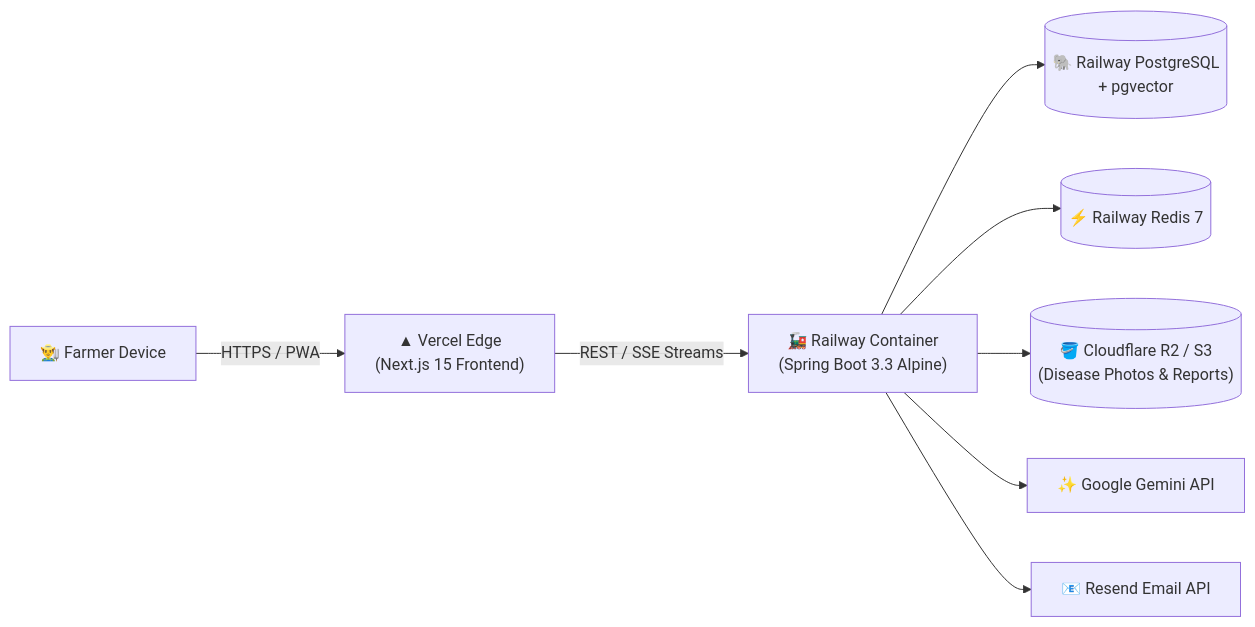
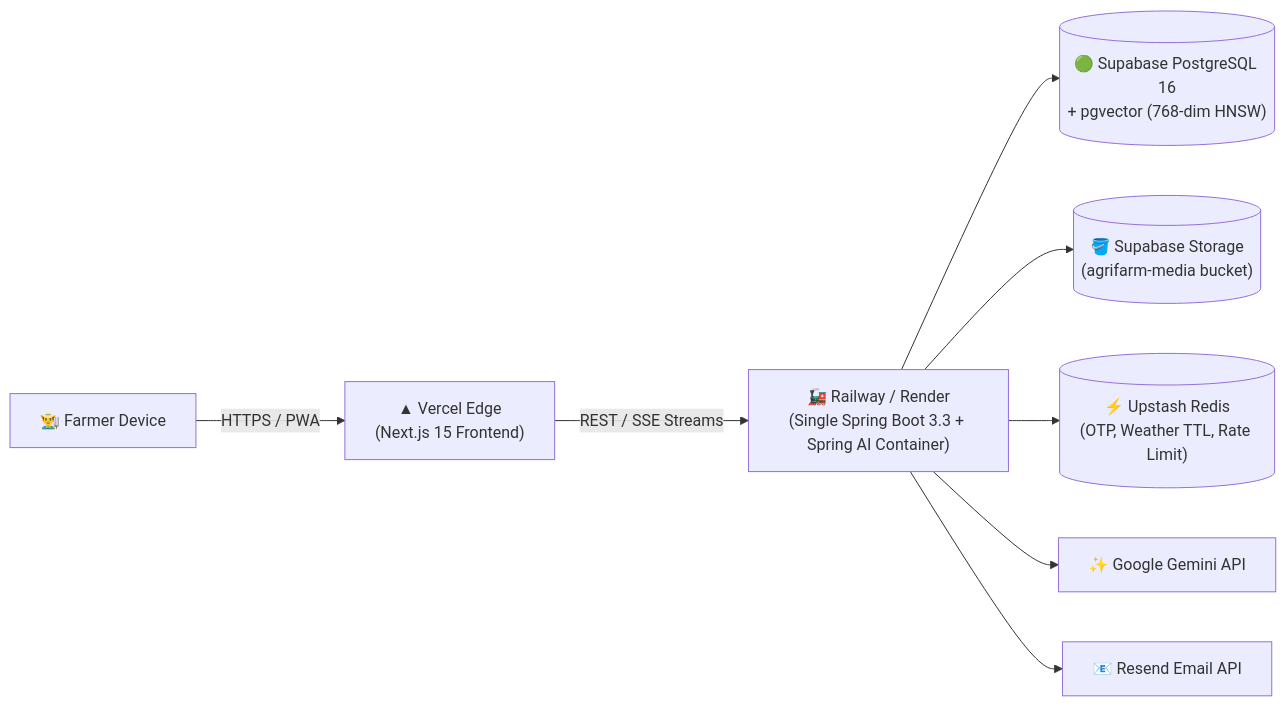
Before and after one commit to Mohitkumar7295/Agri-Farm-Assistant: the diagram in docs/DEPLOYMENT_GUIDE.md, drawn with Mermaid. The commit also changed other lines of this file and 7 other files, not shown here.

Commit message:
docs: align architecture on Supabase + 100% Java Spring AI RAG, add AGENTS.md and ROADMAP.md

````diff
--- a/docs/DEPLOYMENT_GUIDE.md
+++ b/docs/DEPLOYMENT_GUIDE.md
@@ -13,10 +18,10 @@
 ```mermaid
 flowchart LR
     User["👨‍🌾 Farmer Device"] -->|HTTPS / PWA| Vercel["▲ Vercel Edge\n(Next.js 15 Frontend)"]
-    Vercel -->|REST / SSE Streams| Railway["🚂 Railway Container\n(Spring Boot 3.3 Alpine)"]
-    Railway --> RailPG[("🐘 Railway PostgreSQL\n+ pgvector")]
-    Railway --> RailRedis[("⚡ Railway Redis 7")]
-    Railway --> CloudflareR2[("🪣 Cloudflare R2 / S3\n(Disease Photos & Reports)")]
-    Railway --> Gemini["✨ Google Gemini API"]
-    Railway --> Resend["📧 Resend Email API"]
+    Vercel -->|REST / SSE Streams| Backend["🚂 Railway / Render\n(Single Spring Boot 3.3 + Spring AI Container)"]
+    Backend --> SupaPG[("🟢 Supabase PostgreSQL 16\n+ pgvector (768-dim HNSW)")]
+    Backend --> SupaStore[("🪣 Supabase Storage\n(agrifarm-media bucket)")]
+    Backend --> Upstash[("⚡ Upstash Redis\n(OTP, Weather TTL, Rate Limit)")]
+    Backend --> Gemini["✨ Google Gemini API"]
+    Backend --> Resend["📧 Resend Email API"]
 ```
````
